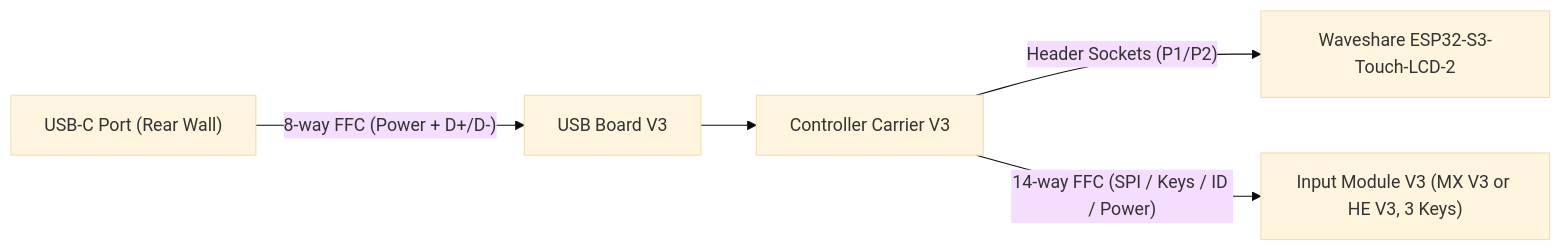
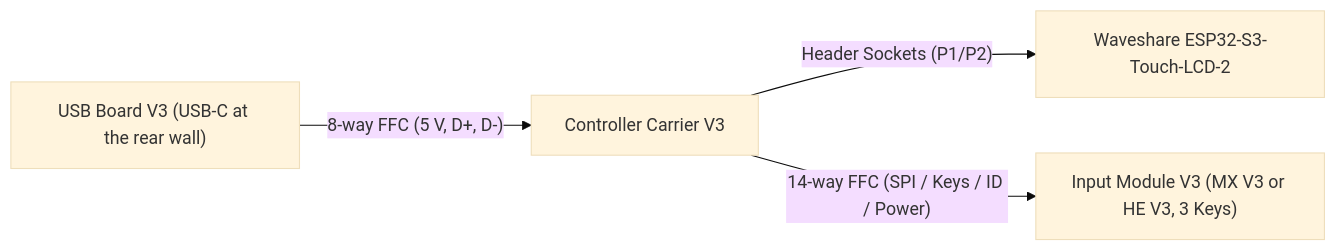
The diagram in docs/develop/hardware.md (OPad-dev/OPad), drawn with Mermaid (base theme) before and after one commit. The commit also changed other lines of this file and 54 other files, not shown here.

````diff
--- a/docs/develop/hardware.md
+++ b/docs/develop/hardware.md
@@ -22,7 +22,6 @@
 ```mermaid
 flowchart LR
-    USB_C["USB-C Port (Rear Wall)"] -->|"8-way FFC (Power + D+/D-)"| USB_PCB["USB Board V3"]
-    USB_PCB --> Carrier["Controller Carrier V3"]
+    USB_PCB["USB Board V3 (USB-C at the rear wall)"] -->|"8-way FFC (5 V, D+, D-)"| Carrier["Controller Carrier V3"]
     Carrier -->|"Header Sockets (P1/P2)"| ESP["Waveshare ESP32-S3-Touch-LCD-2"]
     Carrier -->|"14-way FFC (SPI / Keys / ID / Power)"| Module["Input Module V3 (MX V3 or HE V3, 3 Keys)"]
 ```
````
